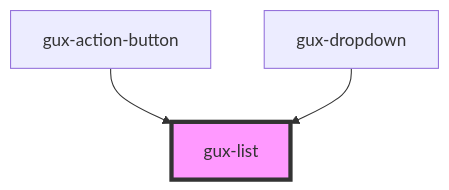
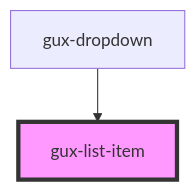
One commit to MyPureCloud/genesys-spark changed the diagram in src/components/global/gux-list/readme.md. Above: the diagram before and after it, drawn with Mermaid. The commit also changed other lines of this file and 17 other files, not shown here.

Commit message:
refactor(list): use slots in gux-list

````diff
--- a/src/components/global/gux-list/readme.md
+++ b/src/components/global/gux-list/readme.md
@@ -43,6 +30,5 @@
 ```mermaid
 graph TD;
-  gux-action-button --> gux-list
-  gux-dropdown --> gux-list
-  style gux-list fill:#f9f,stroke:#333,stroke-width:4px
+  gux-dropdown --> gux-list-item
+  style gux-list-item fill:#f9f,stroke:#333,stroke-width:4px
 ```
````
